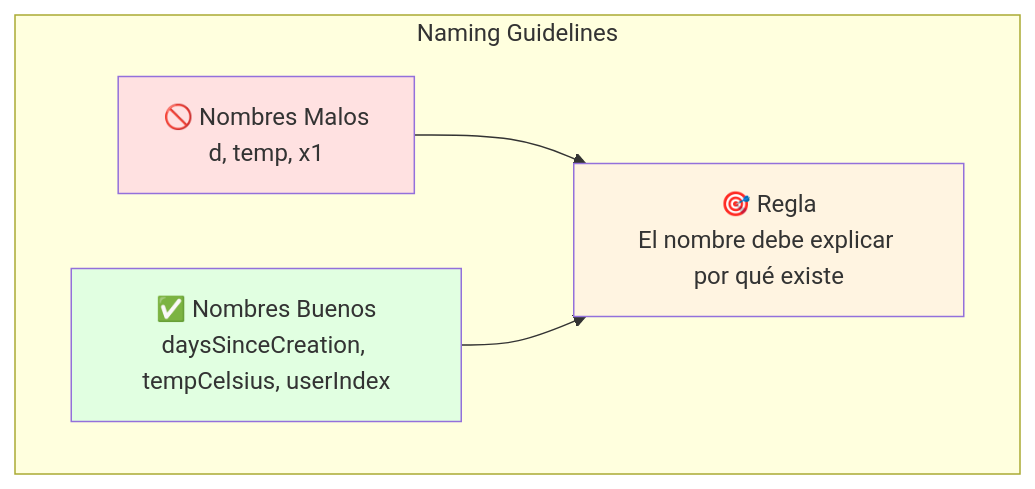
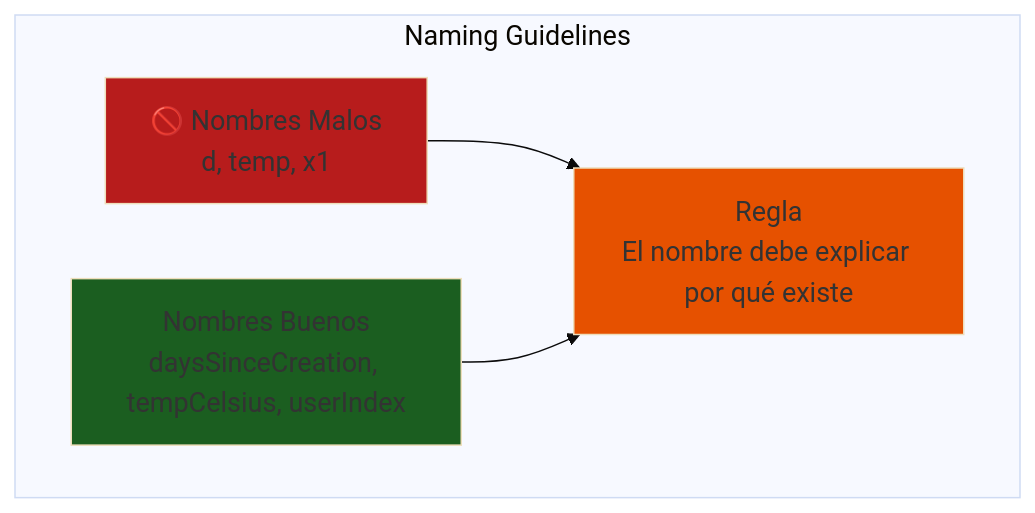
The fourth of 8 diagrams in courses/🟡-development/FPUNA-2026/01-DESARROLLO-SOFTWARE/04-codigo-limpio.md (Ai-Whisperers/Courses-Content), drawn with Mermaid before and after one commit. The commit also changed other lines of this file and 47 other files, not shown here.

First line of the commit message:
fix: Make all 473 diagrams WCAG AAA accessible (FPUNA-2026)

````diff
--- a/courses/🟡-development/FPUNA-2026/01-DESARROLLO-SOFTWARE/04-codigo-limpio.md
+++ b/courses/🟡-development/FPUNA-2026/01-DESARROLLO-SOFTWARE/04-codigo-limpio.md
@@ -103,15 +106,16 @@
 ```mermaid
+%%{init: {'theme':'base', 'themeVariables': {'fontSize':'18px'}}}%%
 graph TD
     subgraph "Naming Guidelines"
         A[🚫 Nombres Malos<br/>d, temp, x1]
-        B[✅ Nombres Buenos<br/>daysSinceCreation, tempCelsius, userIndex]
-        C[🎯 Regla<br/>El nombre debe explicar por qué existe]
+        B[Nombres Buenos<br/>daysSinceCreation, tempCelsius, userIndex]
+        C[Regla<br/>El nombre debe explicar por qué existe]
         
         A --> C
         B --> C
     end
     
-    style A fill:#FFE1E1
-    style B fill:#E1FFE1
-    style C fill:#FFF4E1
+    style A fill:#b71c1c
+    style B fill:#1b5e20
+    style C fill:#e65100
 ```
````
